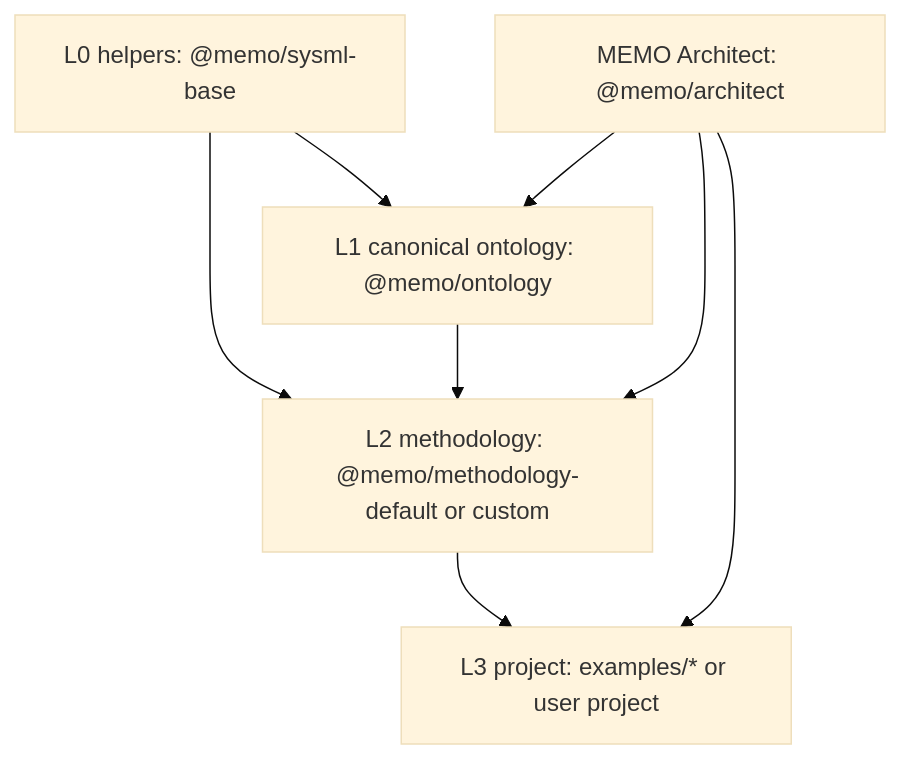
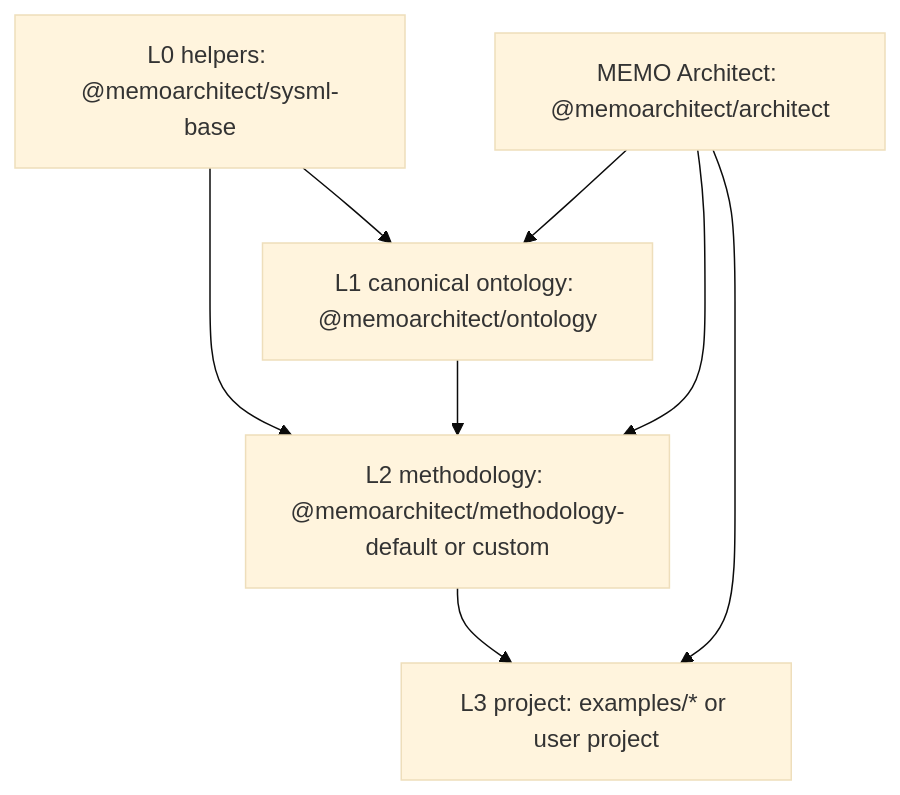
Before and after one commit to memoarchitect/memo-architect: the second of 2 diagrams in docs/architecture/reference/overview.md, drawn with Mermaid (base theme). The commit also changed other lines of this file and 88 other files, not shown here.

Commit message:
chore: publish architect under memoarchitect scope

````diff
--- a/docs/architecture/reference/overview.md
+++ b/docs/architecture/reference/overview.md
@@ -27,16 +27,16 @@
 ```mermaid
 graph TD
-    L0[L0 helpers: @memo/sysml-base]
-    L1[L1 canonical ontology: @memo/ontology]
-    L2[L2 methodology: @memo/methodology-default or custom]
+    L0[L0 helpers: @memoarchitect/sysml-base]
+    L1[L1 canonical ontology: @memoarchitect/ontology]
+    L2[L2 methodology: @memoarchitect/methodology-default or custom]
     L3[L3 project: examples/* or user project]
-    Tool[MEMO Architect: @memo/architect]
+    Tool[MEMO Architect: @memoarchitect/architect]
 
     L0 --> L1
     L0 --> L2
     L1 --> L2
     L2 --> L3
     Tool --> L1
     Tool --> L2
     Tool --> L3
 ```
````
